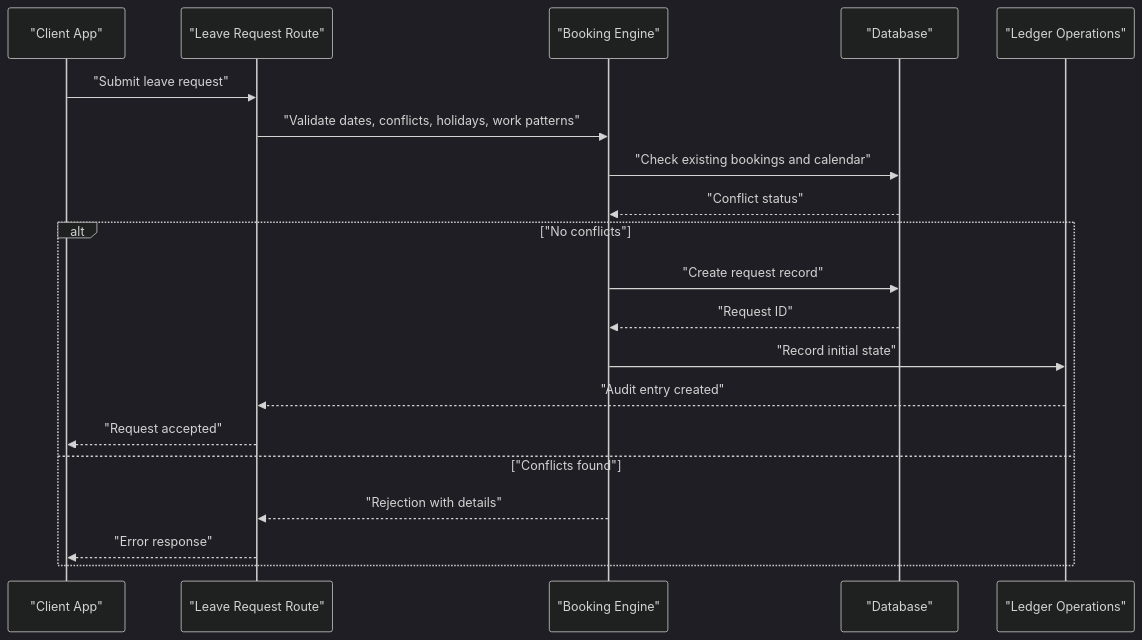
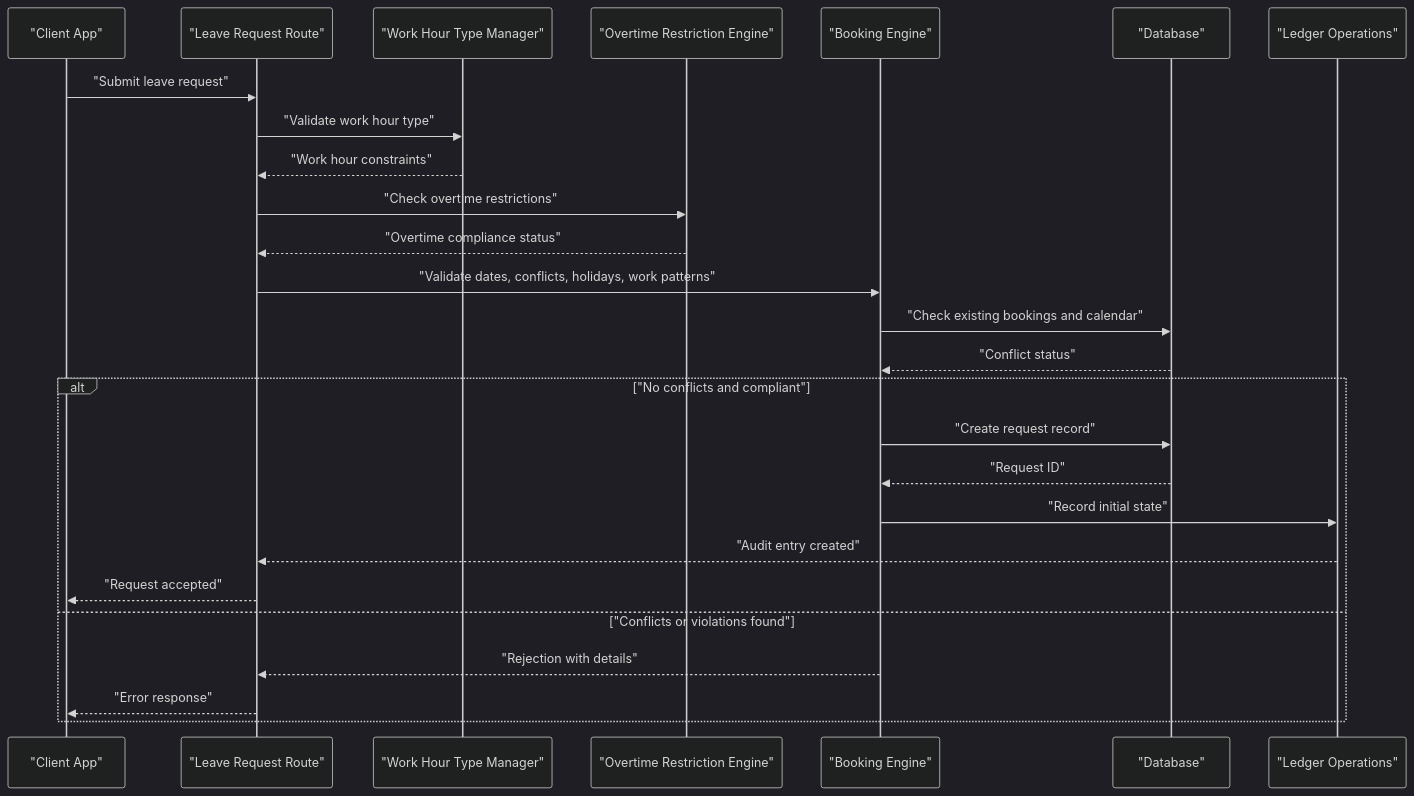
One commit to EdwinCycling/LiquidHR changed the second of 7 diagrams in .qoder/repowiki/en/content/Database Schema/Advanced Features Tables/Leave Management Tables.md. Above: the diagram before and after it, drawn with Mermaid (dark theme). The commit also changed other lines of this file and 120 other files, not shown here.

````diff
--- a/.qoder/repowiki/en/content/Database Schema/Advanced Features Tables/Leave Management Tables.md
+++ b/.qoder/repowiki/en/content/Database Schema/Advanced Features Tables/Leave Management Tables.md
@@ -106,22 +135,28 @@
 ```mermaid
 sequenceDiagram
 participant Client as "Client App"
 participant API as "Leave Request Route"
+participant WorkHour as "Work Hour Type Manager"
+participant Overtime as "Overtime Restriction Engine"
 participant Booking as "Booking Engine"
 participant DB as "Database"
 participant Ledger as "Ledger Operations"
 Client->>API : "Submit leave request"
+API->>WorkHour : "Validate work hour type"
+WorkHour-->>API : "Work hour constraints"
+API->>Overtime : "Check overtime restrictions"
+Overtime-->>API : "Overtime compliance status"
 API->>Booking : "Validate dates, conflicts, holidays, work patterns"
 Booking->>DB : "Check existing bookings and calendar"
 DB-->>Booking : "Conflict status"
-alt "No conflicts"
+alt "No conflicts and compliant"
 Booking->>DB : "Create request record"
 DB-->>Booking : "Request ID"
 Booking->>Ledger : "Record initial state"
 Ledger-->>API : "Audit entry created"
 API-->>Client : "Request accepted"
-else "Conflicts found"
+else "Conflicts or violations found"
 Booking-->>API : "Rejection with details"
 API-->>Client : "Error response"
 end
 ```
````
